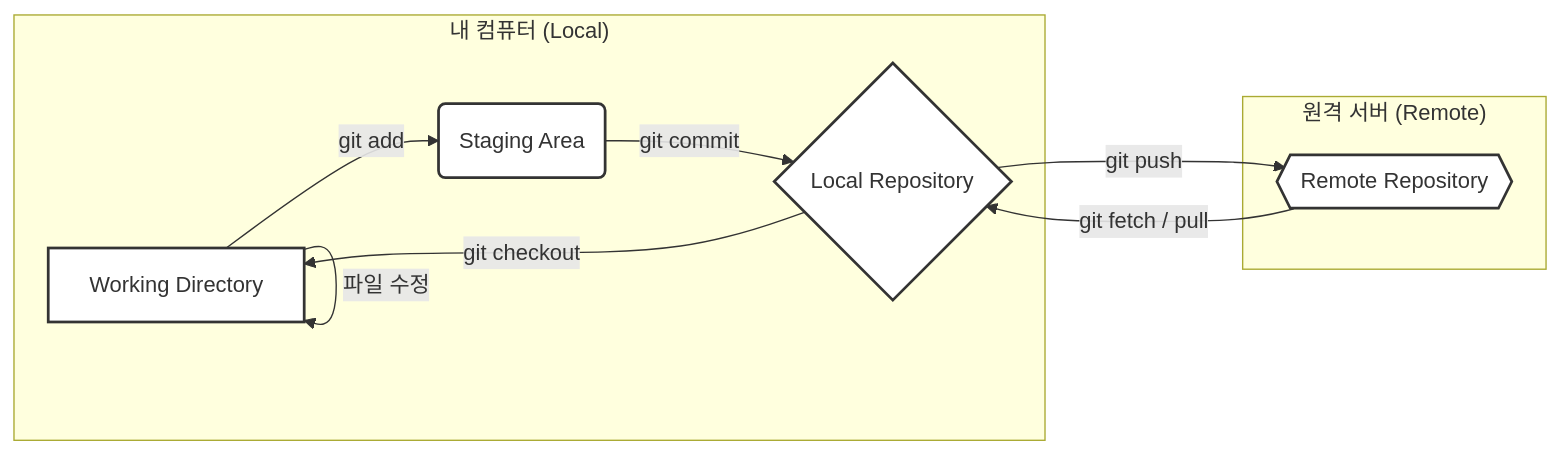
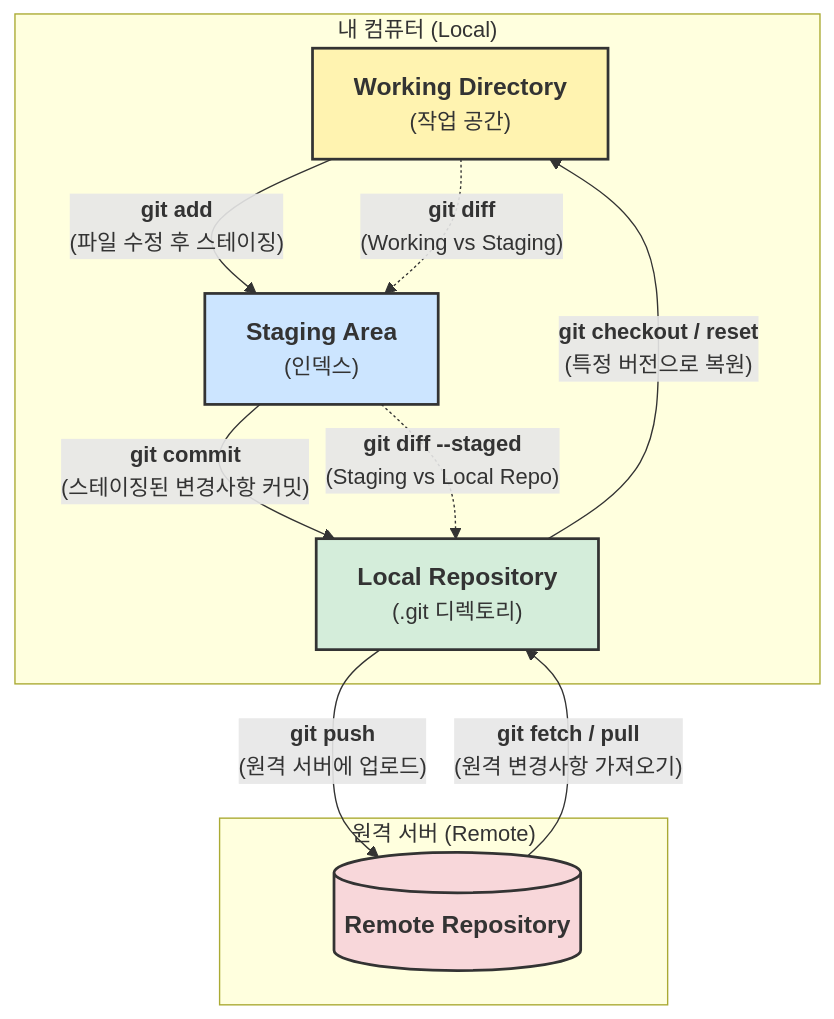
Before and after one commit to kk0m4k/kk0m4k.github.io: the first of 2 diagrams in _posts/2025-11-16-git-github-guide.md, drawn with Mermaid. The commit also changed other lines of this file and 1 other file, not shown here.

Commit message:
docs: Git 가이드 다이어그램 개선 및 설명 보강

````diff
--- a/_posts/2025-11-16-git-github-guide.md
+++ b/_posts/2025-11-16-git-github-guide.md
@@ -25,21 +23,29 @@
 ```mermaid
-graph LR
+graph TD
     subgraph "내 컴퓨터 (Local)"
-        A[Working Directory] -- 파일 수정 --> A
-        A -- git add --> B(Staging Area)
-        B -- git commit --> C{Local Repository}
-        C -- git checkout --> A
+        A["<font size=4><b>Working Directory</b></font><br/>(작업 공간)"]
+        B["<font size=4><b>Staging Area</b></font><br/>(인덱스)"]
+        C["<font size=4><b>Local Repository</b></font><br/>(.git 디렉토리)"]
     end
 
     subgraph "원격 서버 (Remote)"
-        D{{Remote Repository}}
+        D[("<font size=4><b>Remote Repository</b></font>")]
     end
 
-    C -- git push --> D
-    D -- git fetch / pull --> C
+    %% Styling - 각 영역에 의미있는 색상 부여
+    style A fill:#fff3b0,stroke:#333,stroke-width:2px
+    style B fill:#cce5ff,stroke:#333,stroke-width:2px
+    style C fill:#d4edda,stroke:#333,stroke-width:2px
+    style D fill:#f8d7da,stroke:#333,stroke-width:2px
 
-    style A fill:#FFF,stroke:#333,stroke-width:2px
-    style B fill:#FFF,stroke:#333,stroke-width:2px
-    style C fill:#FFF,stroke:#333,stroke-width:2px
-    style D fill:#FFF,stroke:#333,stroke-width:2px
+    %% Workflow - 데이터 흐름을 나타내는 실선 화살표
+    A -- "<b>git add</b><br/>(파일 수정 후 스테이징)" --> B
+    B -- "<b>git commit</b><br/>(스테이징된 변경사항 커밋)" --> C
+    C -- "<b>git checkout / reset</b><br/>(특정 버전으로 복원)" --> A
+    C -- "<b>git push</b><br/>(원격 서버에 업로드)" --> D
+    D -- "<b>git fetch / pull</b><br/>(원격 변경사항 가져오기)" --> C
+    
+    %% Comparison - 상태를 변경하지 않는 비교 명령어는 점선으로 표현
+    A -. "<b>git diff</b><br/>(Working vs Staging)" .-> B
+    B -. "<b>git diff --staged</b><br/>(Staging vs Local Repo)" .-> C
 ```
````
